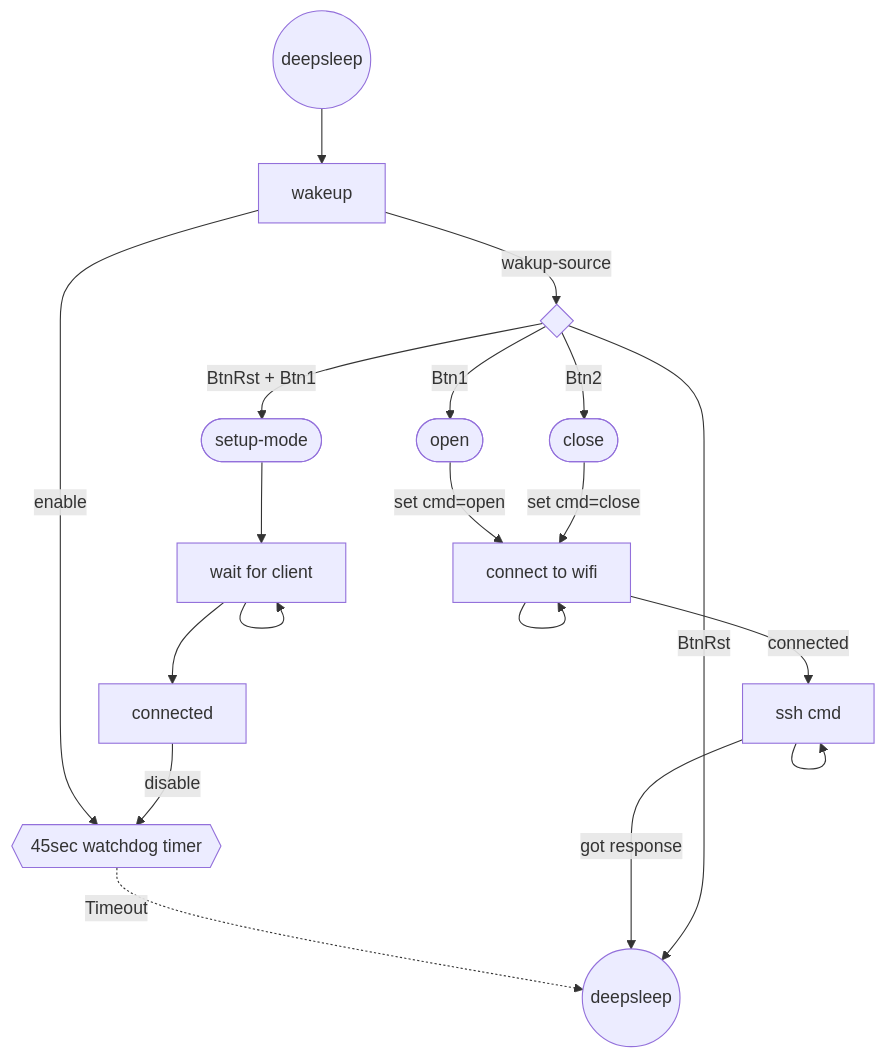
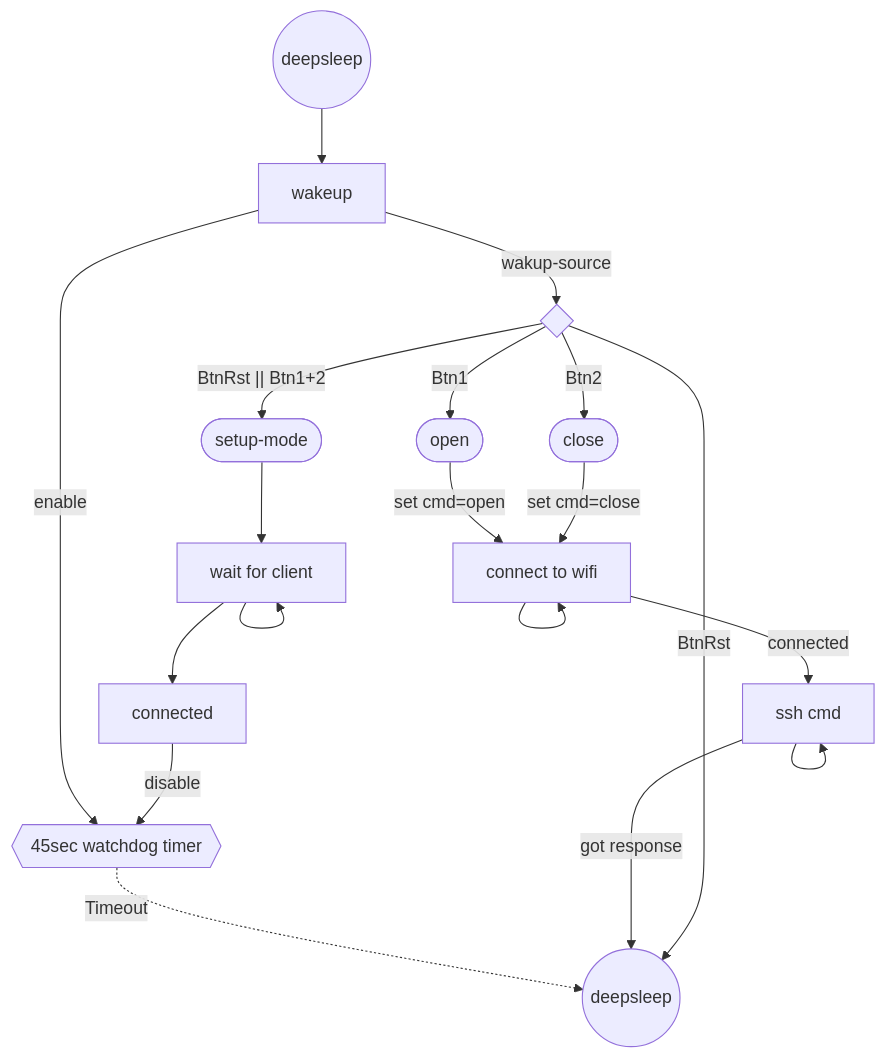
The diagram in README.md (samularity/shackey), drawn with Mermaid before and after one commit. The commit also changed 1 other file, not shown here.

Commit message:
rework setup-mode and led's

````diff
--- a/README.md
+++ b/README.md
@@ -17,23 +17,23 @@
 ```mermaid
 graph TD
     NodeStart((deepsleep)) --> wakeup -- wakup-source --> NodeWAKE{ } 
 
     wakeup -- enable --> NodeTimer{{45sec watchdog timer}} -. Timeout .-> NodeZZZ
 
 
-    NodeWAKE -->|BtnRst + Btn1| NodeK(["setup-mode"]) -->  NodeClient
+    NodeWAKE -->|"BtnRst || Btn1+2"| NodeK(["setup-mode"]) -->  NodeClient
     NodeClient --> NodeClient
     NodeClient["wait for client"] --> connected -- disable --> NodeTimer
 
 
     NodeWAKE -->|Btn1| NodeJ([open]) -- set cmd=open--> NodeWIFI
     NodeWAKE -->|Btn2| NodeI([close]) -- set cmd=close--> NodeWIFI
 
     NodeWIFI["connect to wifi"] -- connected --> NodeCMD["ssh cmd"] -- got response --> NodeZZZ
     NodeWIFI-->NodeWIFI
     NodeCMD --> NodeCMD
 
     NodeWAKE -->|BtnRst| NodeZZZ  
 
     NodeZZZ((deepsleep))
 ```
````
